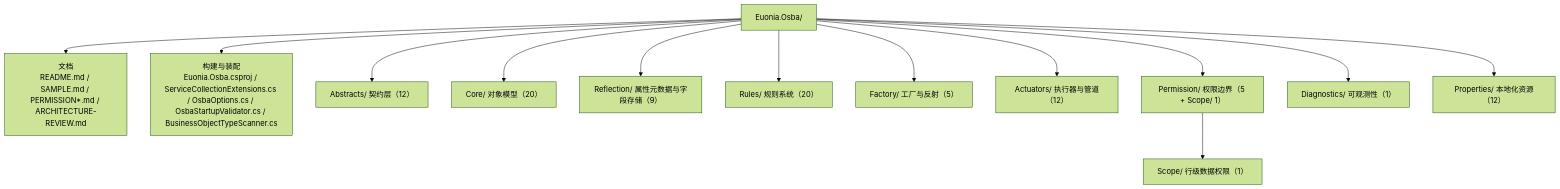
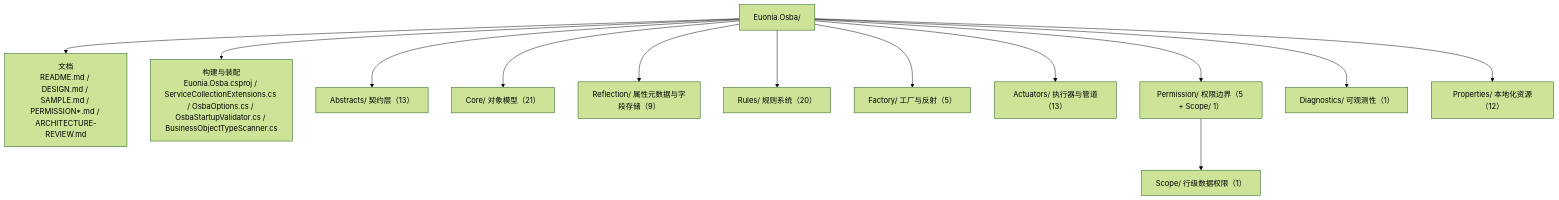
Before and after one commit to euonia-project/euonia-dotnet: diagram 12 of 23 in Source/Euonia.Osba/README.md, drawn with Mermaid (forest theme). The commit also changed other lines of this file and 37 other files, not shown here.

````diff
--- a/Source/Euonia.Osba/README.md
+++ b/Source/Euonia.Osba/README.md
@@ -1384,18 +1556,18 @@
 ```mermaid
 flowchart TB
     Root["Euonia.Osba/"]
 
-    Root --> Docs["文档<br/>README.md / SAMPLE.md / PERMISSION*.md / ARCHITECTURE-REVIEW.md"]
+    Root --> Docs["文档<br/>README.md / DESIGN.md / SAMPLE.md / PERMISSION*.md / ARCHITECTURE-REVIEW.md"]
     Root --> Build["构建与装配<br/>Euonia.Osba.csproj / ServiceCollectionExtensions.cs / OsbaOptions.cs / OsbaStartupValidator.cs / BusinessObjectTypeScanner.cs"]
-    Root --> Contracts["Abstracts/ 契约层（12）"]
-    Root --> Model["Core/ 对象模型（20）"]
+    Root --> Contracts["Abstracts/ 契约层（13）"]
+    Root --> Model["Core/ 对象模型（21）"]
     Root --> Meta["Reflection/ 属性元数据与字段存储（9）"]
     Root --> Rules["Rules/ 规则系统（20）"]
     Root --> Factory["Factory/ 工厂与反射（5）"]
-    Root --> Actuators["Actuators/ 执行器与管道（12）"]
+    Root --> Actuators["Actuators/ 执行器与管道（13）"]
     Root --> Permission["Permission/ 权限边界（5 + Scope/ 1）"]
     Root --> Diagnostics["Diagnostics/ 可观测性（1）"]
     Root --> Resources["Properties/ 本地化资源（12）"]
 
     Permission --> Scope["Scope/ 行级数据权限（1）"]
 ```
````
